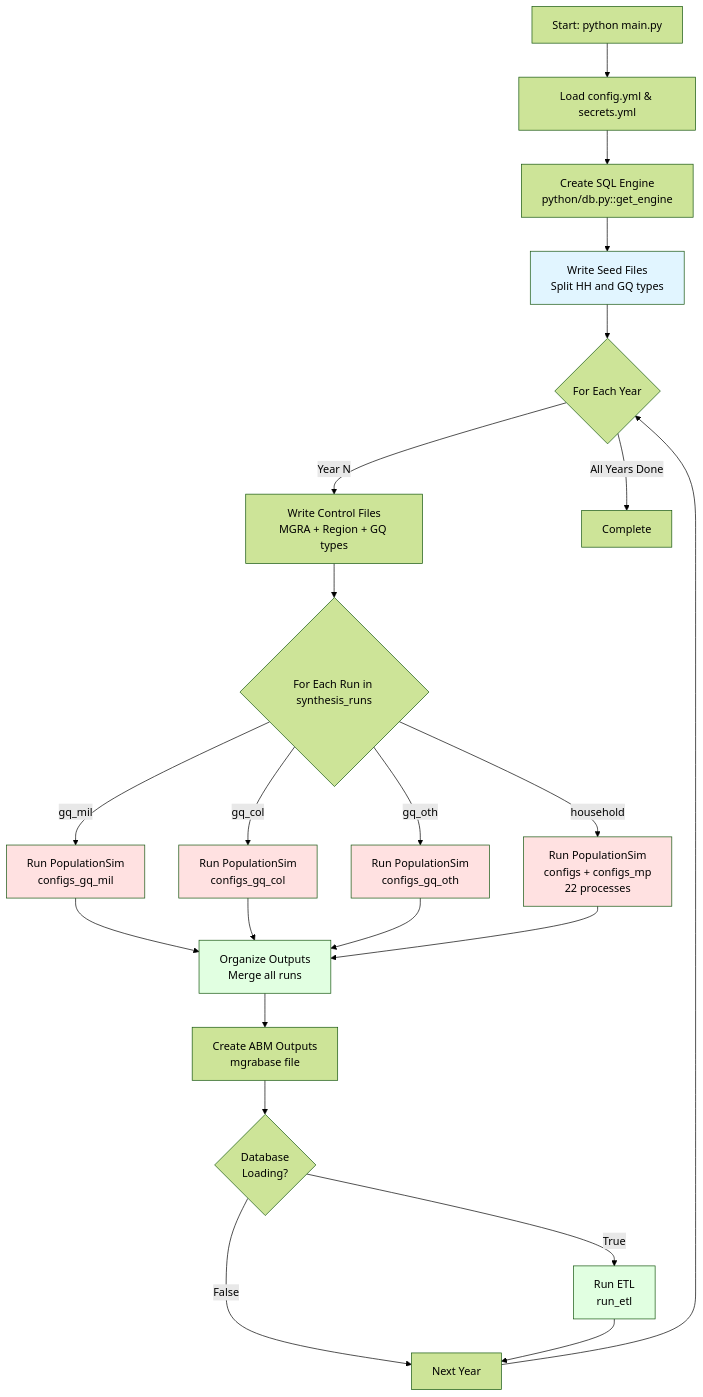
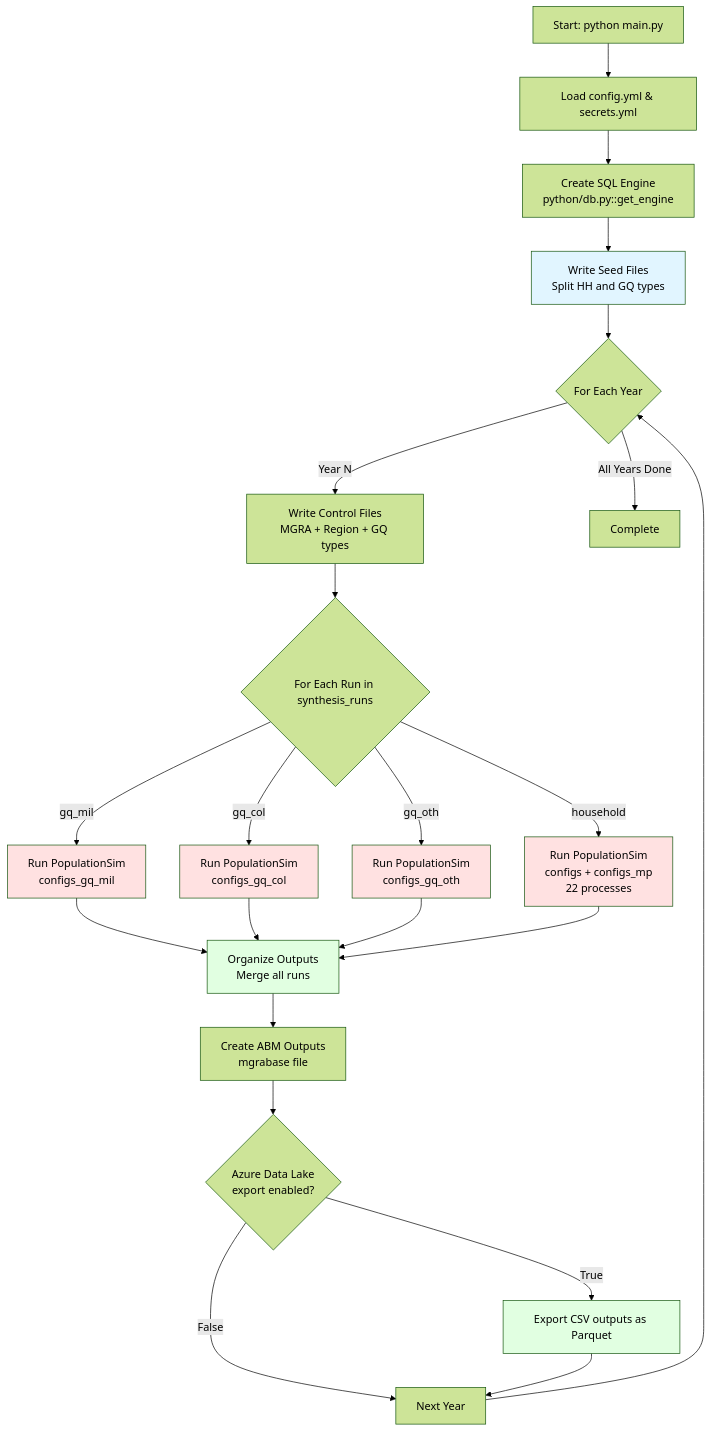
Before and after one commit to SANDAG/Population-Sim: the seventh of 7 diagrams in documentation/SANDAG_PopulationSim_Documentation.md, drawn with Mermaid (forest theme). The commit also changed other lines of this file, not shown here.

Commit message:
docs: update documentation for Azure Data Lake export and reporting benchmarks

````diff
--- a/documentation/SANDAG_PopulationSim_Documentation.md
+++ b/documentation/SANDAG_PopulationSim_Documentation.md
@@ -4018,37 +4022,37 @@
 ```mermaid
 flowchart TD
     A[Start: python main.py] --> B[Load config.yml & secrets.yml]
     B --> C[Create SQL Engine<br/>python/db.py::get_engine]
     C --> D[Write Seed Files<br/>Split HH and GQ types]
     D --> E{For Each Year}
     
     E -->|Year N| F[Write Control Files<br/>MGRA + Region + GQ types]
     F --> G{For Each Run in synthesis_runs}
     
     G -->|gq_mil| H1[Run PopulationSim<br/>configs_gq_mil]
     G -->|gq_col| H2[Run PopulationSim<br/>configs_gq_col]
     G -->|gq_oth| H3[Run PopulationSim<br/>configs_gq_oth]
     G -->|household| H4[Run PopulationSim<br/>configs + configs_mp<br/>22 processes]
     
     H1 --> I[Organize Outputs<br/>Merge all runs]
     H2 --> I
     H3 --> I
     H4 --> I
     
     I --> J[Create ABM Outputs<br/>mgrabase file]
-    J --> K{Database<br/>Loading?}
-    K -->|True| L[Run ETL<br/>run_etl]
+    J --> K{Azure Data Lake<br/>export enabled?}
+    K -->|True| L[Export CSV outputs as Parquet]
     K -->|False| M[Next Year]
     L --> M
     M --> E
     
     E -->|All Years Done| N[Complete]
     
     style D fill:#e1f5ff
     style H1 fill:#ffe1e1
     style H2 fill:#ffe1e1
     style H3 fill:#ffe1e1
     style H4 fill:#ffe1e1
     style I fill:#e1ffe1
     style L fill:#e1ffe1
 ```
````
